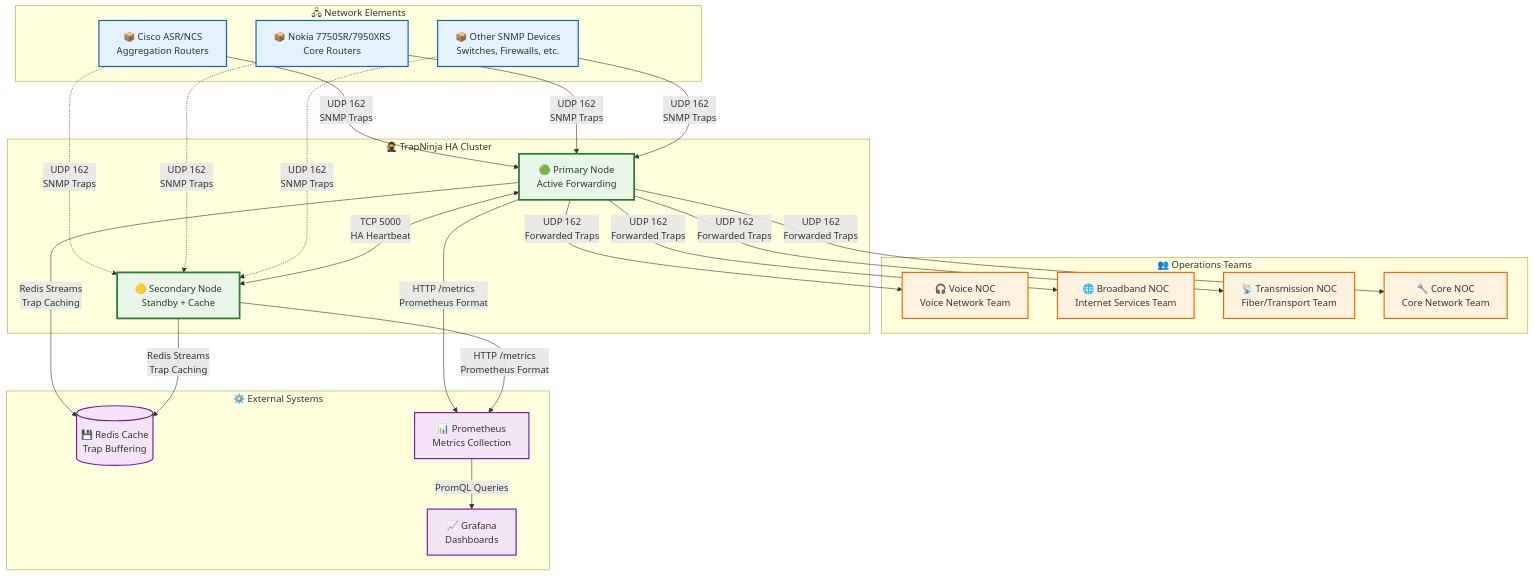
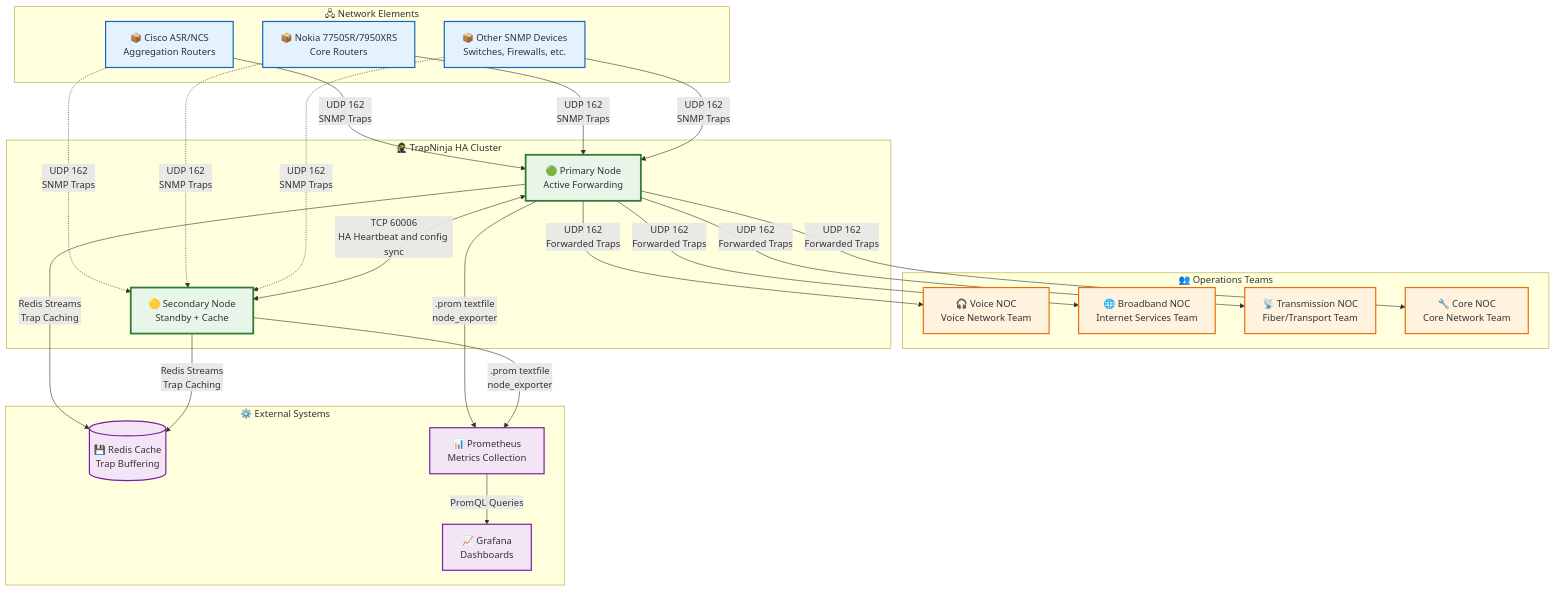
Before and after one commit to MAppleton-sky/trapninja: the first of 5 diagrams in docs/ARCHITECTURE.md, drawn with Mermaid. The commit also changed other lines of this file and 15 other files, not shown here.

````diff
--- a/docs/ARCHITECTURE.md
+++ b/docs/ARCHITECTURE.md
@@ -83,57 +83,57 @@
 ```mermaid
 graph TD
     subgraph Users ["👥 Operations Teams"]
         VoiceNOC["🎧 Voice NOC<br/>Voice Network Team"]
         BroadbandNOC["🌐 Broadband NOC<br/>Internet Services Team"]
         TransNOC["📡 Transmission NOC<br/>Fiber/Transport Team"]
         CoreNOC["🔧 Core NOC<br/>Core Network Team"]
     end
 
     subgraph NetworkElements ["🖧 Network Elements"]
         CiscoASR["📦 Cisco ASR/NCS<br/>Aggregation Routers"]
         Nokia["📦 Nokia 7750SR/7950XRS<br/>Core Routers"]
         OtherNE["📦 Other SNMP Devices<br/>Switches, Firewalls, etc."]
     end
 
     subgraph TrapNinjaSystem ["🥷 TrapNinja HA Cluster"]
         Primary["🟢 Primary Node<br/>Active Forwarding"]
         Secondary["🟡 Secondary Node<br/>Standby + Cache"]
     end
 
     subgraph ExternalSystems ["⚙️ External Systems"]
         Redis[("💾 Redis Cache<br/>Trap Buffering")]
         Prometheus["📊 Prometheus<br/>Metrics Collection"]
         Grafana["📈 Grafana<br/>Dashboards"]
     end
 
     CiscoASR -->|"UDP 162<br/>SNMP Traps"| Primary
     Nokia -->|"UDP 162<br/>SNMP Traps"| Primary
     OtherNE -->|"UDP 162<br/>SNMP Traps"| Primary
 
     CiscoASR -.->|"UDP 162<br/>SNMP Traps"| Secondary
     Nokia -.->|"UDP 162<br/>SNMP Traps"| Secondary
     OtherNE -.->|"UDP 162<br/>SNMP Traps"| Secondary
 
-    Primary <-->|"TCP 5000<br/>HA Heartbeat"| Secondary
+    Primary <-->|"TCP 60006<br/>HA Heartbeat and config sync"| Secondary
     Primary -->|"Redis Streams<br/>Trap Caching"| Redis
     Secondary -->|"Redis Streams<br/>Trap Caching"| Redis
 
     Primary -->|"UDP 162<br/>Forwarded Traps"| VoiceNOC
     Primary -->|"UDP 162<br/>Forwarded Traps"| BroadbandNOC
     Primary -->|"UDP 162<br/>Forwarded Traps"| TransNOC
     Primary -->|"UDP 162<br/>Forwarded Traps"| CoreNOC
 
-    Primary -->|"HTTP /metrics<br/>Prometheus Format"| Prometheus
-    Secondary -->|"HTTP /metrics<br/>Prometheus Format"| Prometheus
+    Primary -->|".prom textfile<br/>node_exporter"| Prometheus
+    Secondary -->|".prom textfile<br/>node_exporter"| Prometheus
     Prometheus -->|"PromQL Queries"| Grafana
 
     classDef user fill:#fff3e0,stroke:#ef6c00,stroke-width:2px
     classDef network fill:#e3f2fd,stroke:#1565c0,stroke-width:2px
     classDef trapninja fill:#e8f5e9,stroke:#2e7d32,stroke-width:3px
     classDef external fill:#f3e5f5,stroke:#7b1fa2,stroke-width:2px
 
     class VoiceNOC,BroadbandNOC,TransNOC,CoreNOC user
     class CiscoASR,Nokia,OtherNE network
     class Primary,Secondary trapninja
     class Redis,Prometheus,Grafana external
 ```
````
